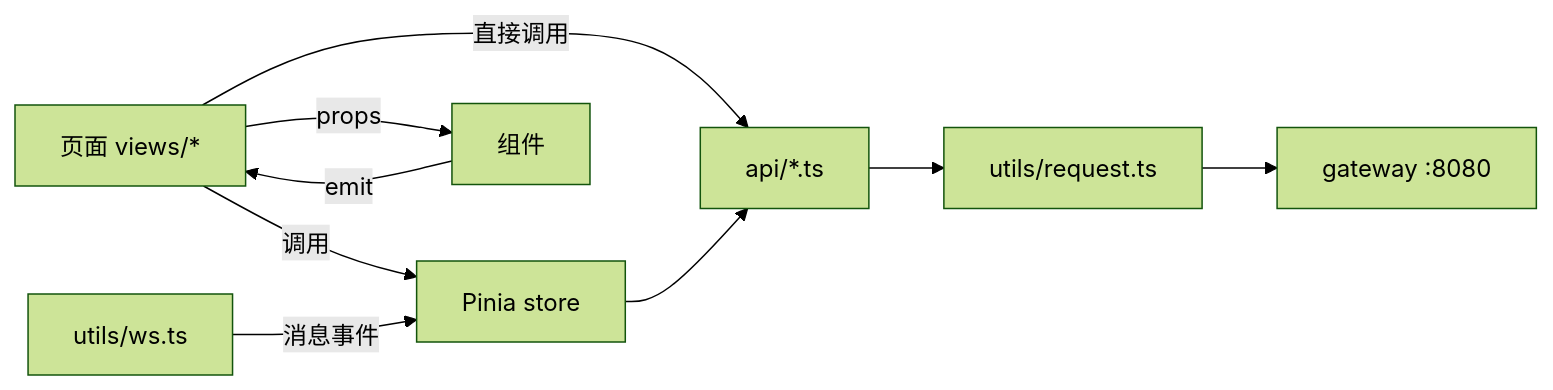
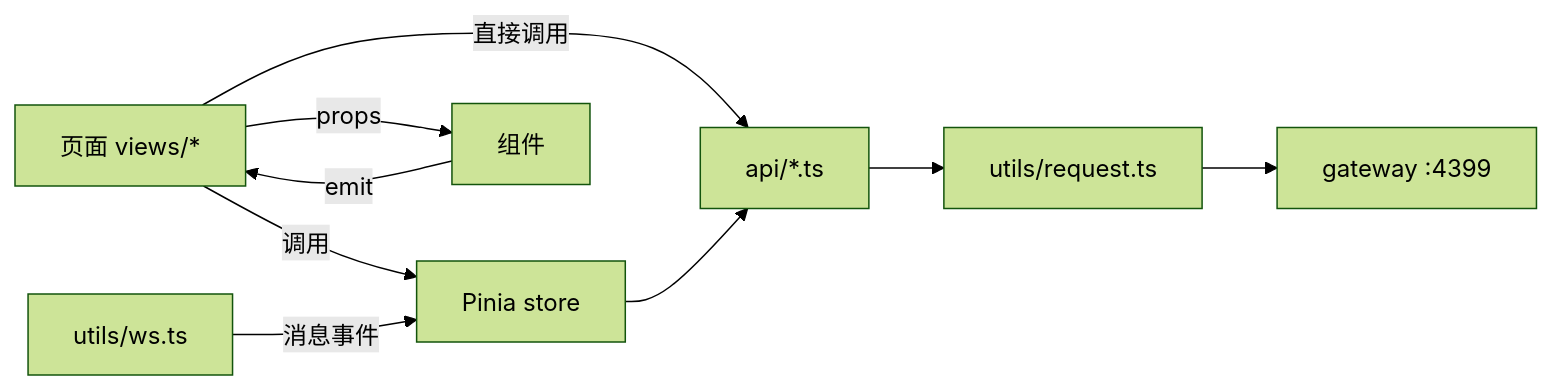
One commit to liumoqing/Campus-Second-Hand-Marketplace-Based-on-SpringCloud changed the diagram in 文档归类/04-前端设计文档.md. Above: the diagram before and after it, drawn with Mermaid (forest theme). The commit also changed other lines of this file and 12669 other files, not shown here.

````diff
--- a/文档归类/04-前端设计文档.md
+++ b/文档归类/04-前端设计文档.md
@@ -1408,11 +1409,11 @@
 ```mermaid
 flowchart LR
   Page[页面 views/*] -->|调用| Store[Pinia store]
   Page -->|直接调用| Api[api/*.ts]
   Store --> Api
   Api --> Request[utils/request.ts]
-  Request --> Gateway[gateway :8080]
+  Request --> Gateway[gateway :4399]
   Page -->|props| Comp[组件]
   Comp -->|emit| Page
   WS[utils/ws.ts] -->|消息事件| Store
 ```
````
